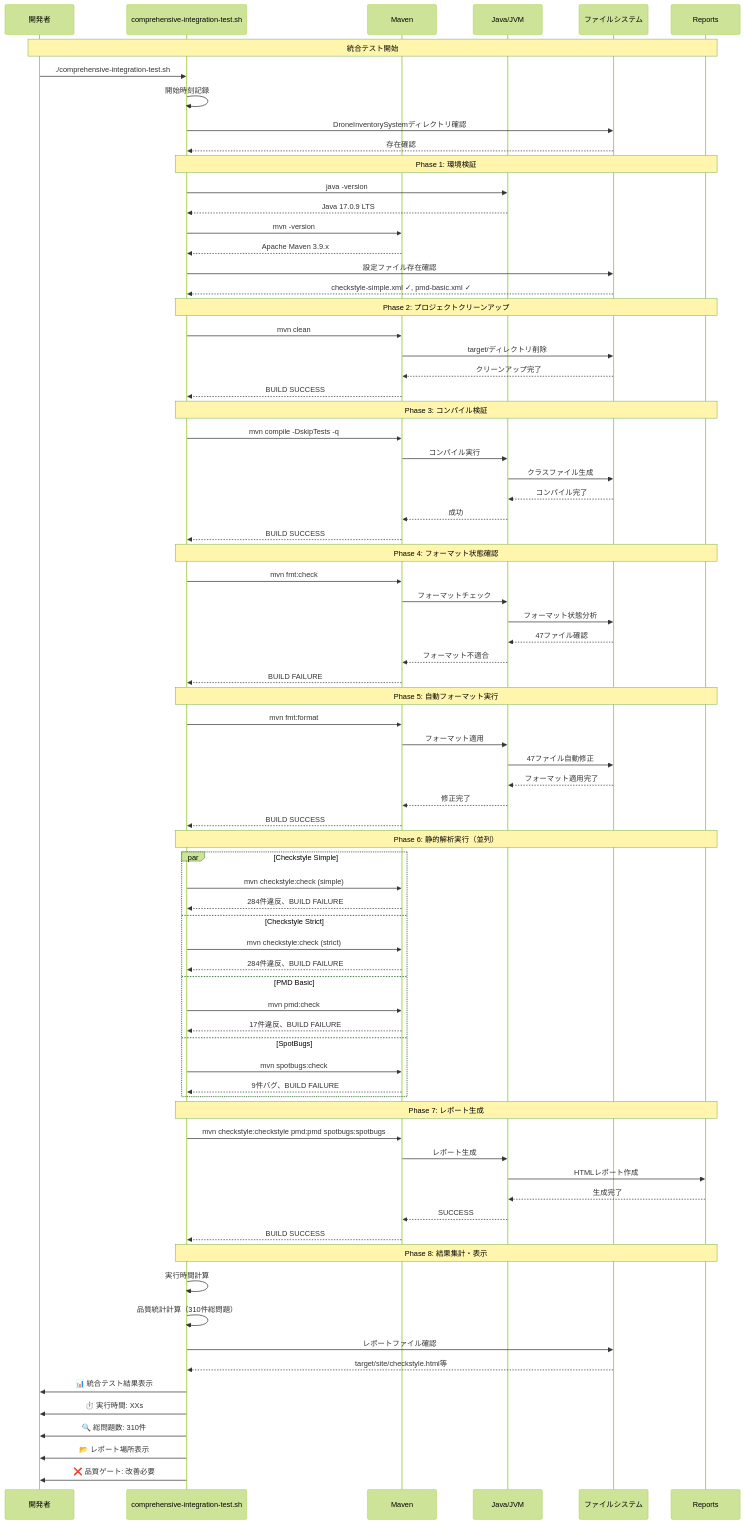
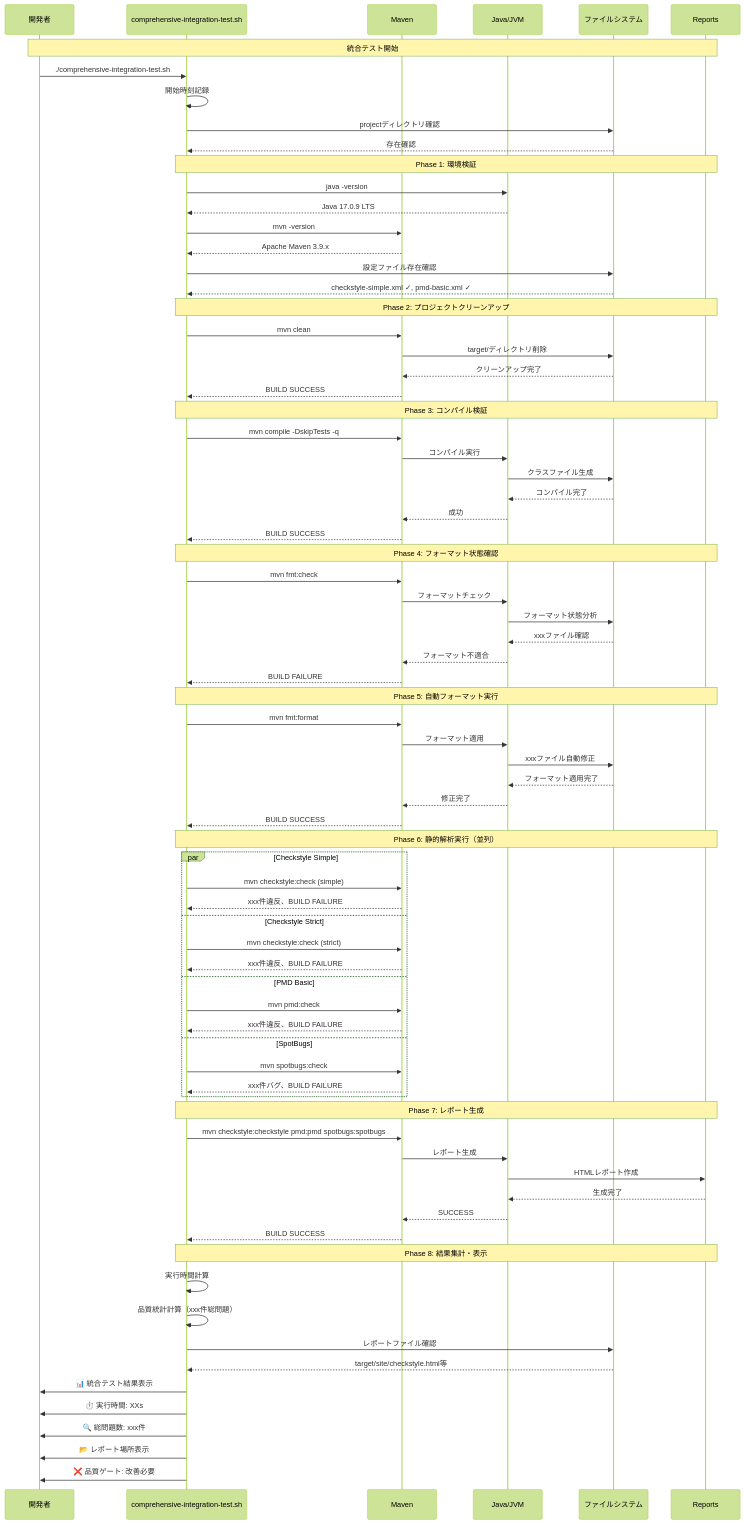
Diagram 11 of 13 in scripts/STATIC_ANALYSIS_SEQUENCE_DIAGRAM.md (digital-ojt/development-webCourse-DroneInventorySystem), drawn with Mermaid (forest theme) before and after one commit. The commit also changed other lines of this file and 1 other file, not shown here.

Commit message:
シーケンス図の更新

````diff
--- a/scripts/STATIC_ANALYSIS_SEQUENCE_DIAGRAM.md
+++ b/scripts/STATIC_ANALYSIS_SEQUENCE_DIAGRAM.md
@@ -599,7 +897,7 @@
     Note over Dev, Reports: 統合テスト開始
     Dev->>Script: ./comprehensive-integration-test.sh
     Script->>Script: 開始時刻記録
-    Script->>Files: DroneInventorySystemディレクトリ確認
+    Script->>Files: projectディレクトリ確認
     Files-->>Script: 存在確認
     
     Note over Script, Reports: Phase 1: 環境検証
@@ -628,14 +926,14 @@
     Script->>Maven: mvn fmt:check
     Maven->>Java: フォーマットチェック
     Java->>Files: フォーマット状態分析
-    Files-->>Java: 47ファイル確認
+    Files-->>Java: xxxファイル確認
     Java-->>Maven: フォーマット不適合
     Maven-->>Script: BUILD FAILURE
     
     Note over Script, Reports: Phase 5: 自動フォーマット実行
     Script->>Maven: mvn fmt:format
     Maven->>Java: フォーマット適用
-    Java->>Files: 47ファイル自動修正
+    Java->>Files: xxxファイル自動修正
     Files-->>Java: フォーマット適用完了
     Java-->>Maven: 修正完了
     Maven-->>Script: BUILD SUCCESS
@@ -643,16 +941,16 @@
     Note over Script, Reports: Phase 6: 静的解析実行（並列）
     par Checkstyle Simple
         Script->>Maven: mvn checkstyle:check (simple)
-        Maven-->>Script: 284件違反、BUILD FAILURE
+        Maven-->>Script: xxx件違反、BUILD FAILURE
     and Checkstyle Strict
         Script->>Maven: mvn checkstyle:check (strict)
-        Maven-->>Script: 284件違反、BUILD FAILURE
+        Maven-->>Script: xxx件違反、BUILD FAILURE
     and PMD Basic
         Script->>Maven: mvn pmd:check
-        Maven-->>Script: 17件違反、BUILD FAILURE
+        Maven-->>Script: xxx件違反、BUILD FAILURE
     and SpotBugs
         Script->>Maven: mvn spotbugs:check
-        Maven-->>Script: 9件バグ、BUILD FAILURE
+        Maven-->>Script: xxx件バグ、BUILD FAILURE
     end
     
     Note over Script, Reports: Phase 7: レポート生成
@@ -665,13 +963,13 @@
     
     Note over Script, Reports: Phase 8: 結果集計・表示
     Script->>Script: 実行時間計算
-    Script->>Script: 品質統計計算（310件総問題）
+    Script->>Script: 品質統計計算（xxx件総問題）
     Script->>Files: レポートファイル確認
     Files-->>Script: target/site/checkstyle.html等
     
     Script->>Dev: 📊 統合テスト結果表示
     Script->>Dev: ⏱️ 実行時間: XXs
-    Script->>Dev: 🔍 総問題数: 310件
+    Script->>Dev: 🔍 総問題数: xxx件
     Script->>Dev: 📂 レポート場所表示
     Script->>Dev: ❌ 品質ゲート: 改善必要
 ```
````
